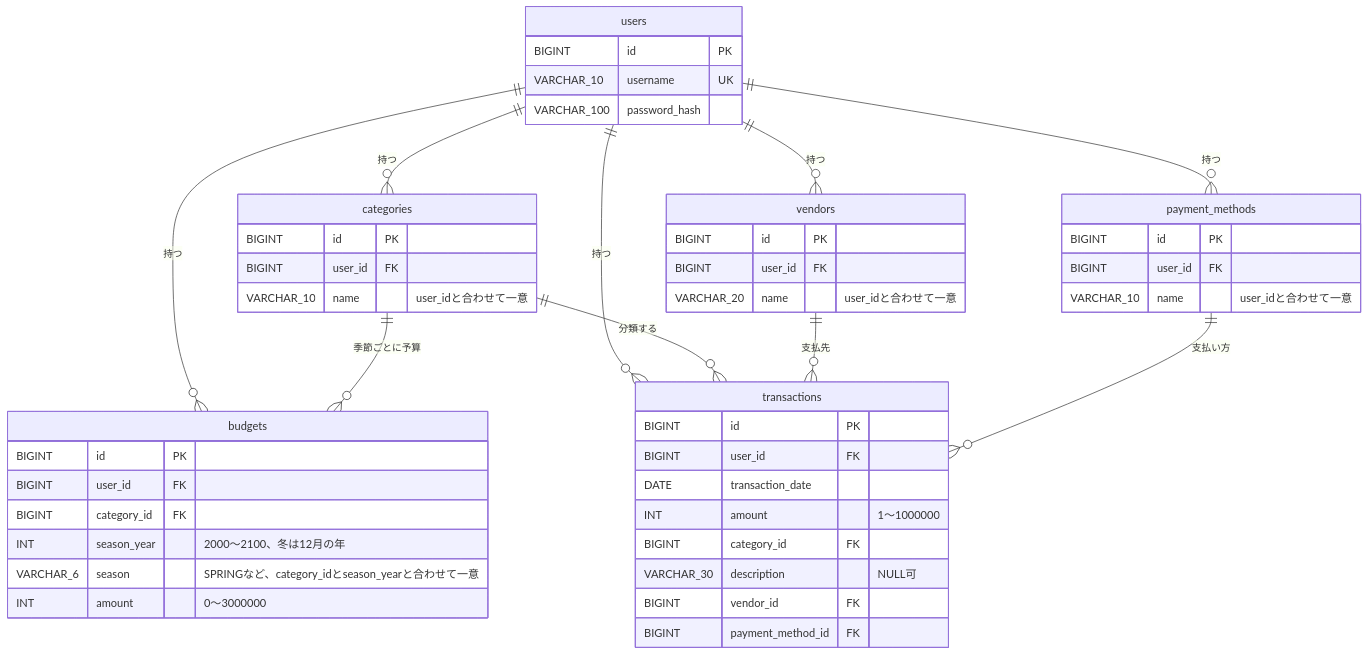
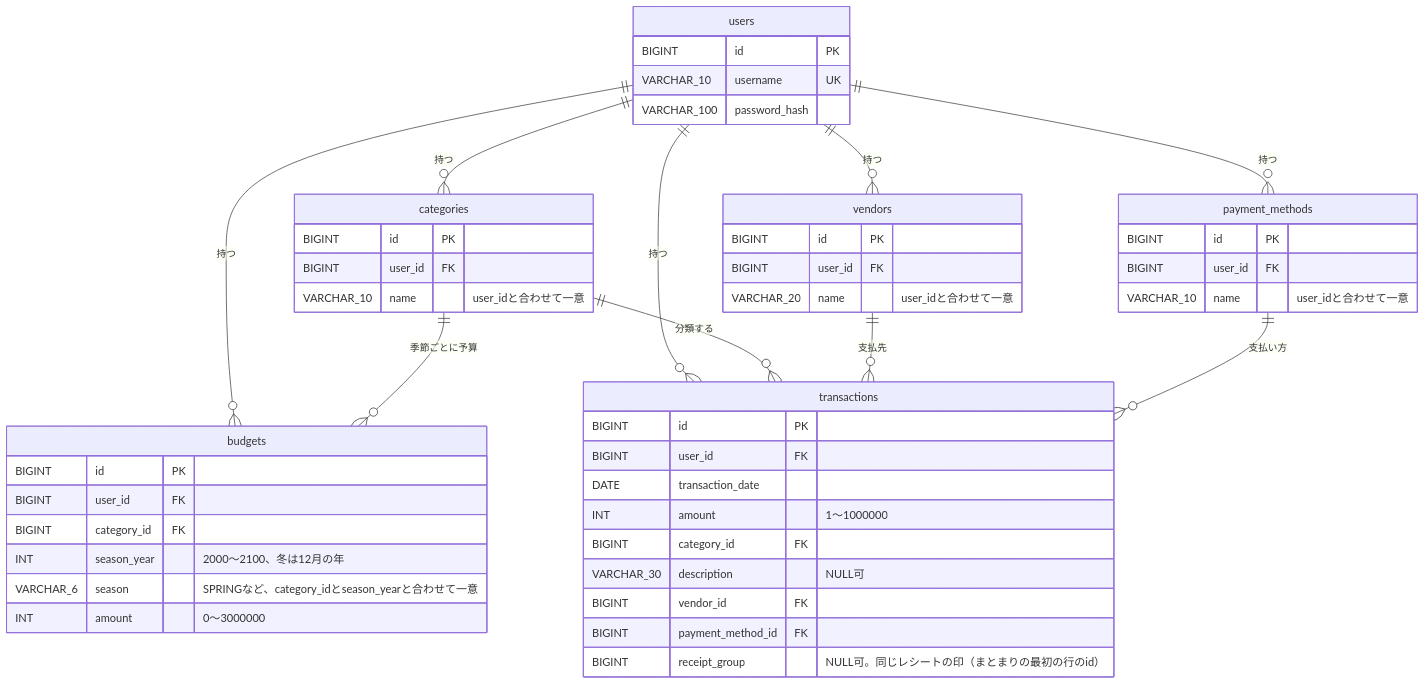
The third of 17 diagrams in docs/reviews/design.md (yutaro081/HouseholdBudget-SpringBoot), drawn with Mermaid before and after one commit. The commit also changed other lines of this file and 3 other files, not shown here.

````diff
--- a/docs/reviews/design.md
+++ b/docs/reviews/design.md
@@ -710,51 +714,52 @@
 ```mermaid
 erDiagram
     users ||--o{ categories : "持つ"
     users ||--o{ vendors : "持つ"
     users ||--o{ payment_methods : "持つ"
     users ||--o{ budgets : "持つ"
     users ||--o{ transactions : "持つ"
     categories ||--o{ budgets : "季節ごとに予算"
     categories ||--o{ transactions : "分類する"
     vendors ||--o{ transactions : "支払先"
     payment_methods ||--o{ transactions : "支払い方"
 
     users {
         BIGINT id PK
         VARCHAR_10 username UK
         VARCHAR_100 password_hash
     }
     categories {
         BIGINT id PK
         BIGINT user_id FK
         VARCHAR_10 name "user_idと合わせて一意"
     }
     vendors {
         BIGINT id PK
         BIGINT user_id FK
         VARCHAR_20 name "user_idと合わせて一意"
     }
     payment_methods {
         BIGINT id PK
         BIGINT user_id FK
         VARCHAR_10 name "user_idと合わせて一意"
     }
     budgets {
         BIGINT id PK
         BIGINT user_id FK
         BIGINT category_id FK
         INT season_year "2000〜2100、冬は12月の年"
         VARCHAR_6 season "SPRINGなど、category_idとseason_yearと合わせて一意"
         INT amount "0〜3000000"
     }
     transactions {
         BIGINT id PK
         BIGINT user_id FK
         DATE transaction_date
         INT amount "1〜1000000"
         BIGINT category_id FK
         VARCHAR_30 description "NULL可"
         BIGINT vendor_id FK
         BIGINT payment_method_id FK
+        BIGINT receipt_group "NULL可。同じレシートの印（まとまりの最初の行のid）"
     }
 ```
````
